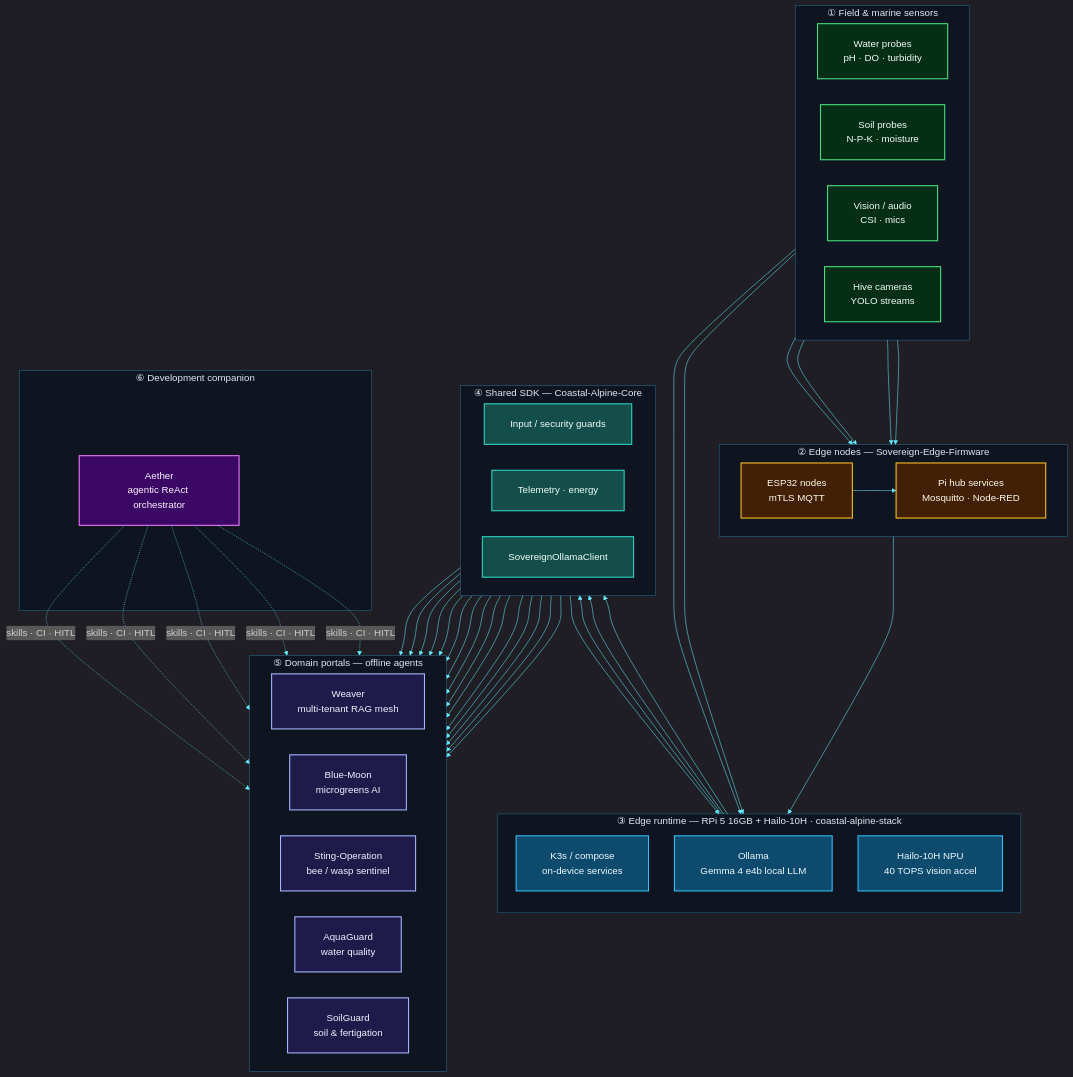
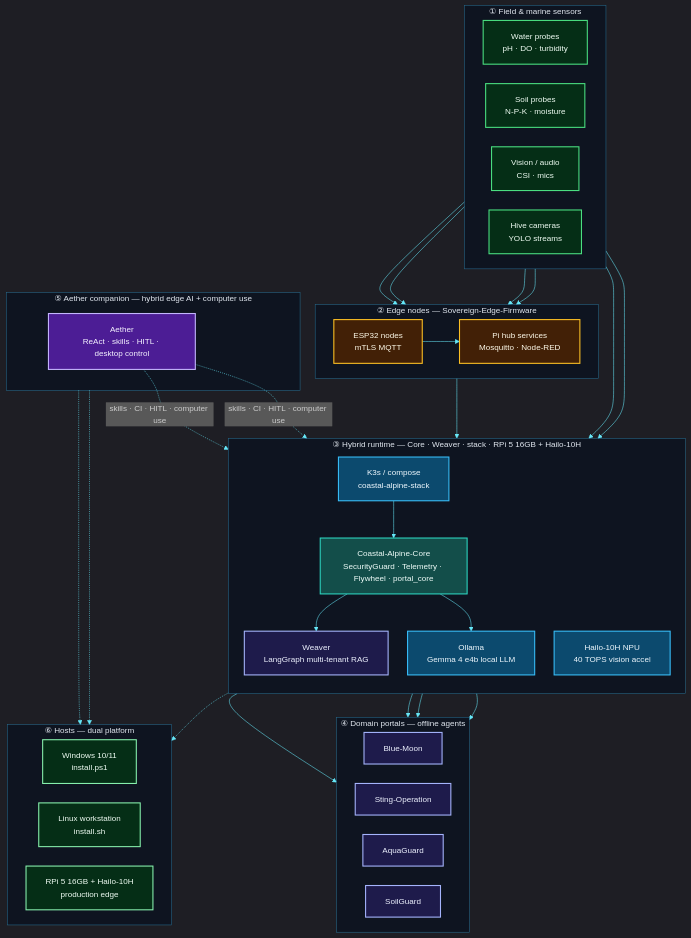
Before and after one commit to fivepanelhat/fivepanelhat: the diagram in README.md, drawn with Mermaid. The commit also changed other lines of this file and 1 other file, not shown here.

First line of the commit message:
docs: hybrid landing page with Windows + Linux install paths

````diff
--- a/README.md
+++ b/README.md
@@ -50,7 +51,7 @@
 %%{init: {
   "theme": "dark",
   "themeVariables": {
-    "fontSize": "18px",
+    "fontSize": "15px",
     "fontFamily": "Inter, ui-sans-serif, system-ui, sans-serif",
     "primaryColor": "#0ea5e9",
     "primaryTextColor": "#f8fafc",
@@ -63,11 +64,12 @@
     "titleColor": "#e2e8f0"
   },
   "flowchart": {
-    "nodeSpacing": 48,
-    "rankSpacing": 56,
-    "padding": 24,
+    "nodeSpacing": 36,
+    "rankSpacing": 44,
+    "padding": 18,
     "htmlLabels": true,
-    "curve": "basis"
+    "curve": "basis",
+    "useMaxWidth": true
   }
 }}%%
 flowchart TB
@@ -77,6 +79,8 @@
     classDef ai fill:#3b0764,stroke:#e879f9,stroke-width:2px,color:#fdf4ff
     classDef fw fill:#422006,stroke:#fbbf24,stroke-width:2px,color:#fffbeb
     classDef sense fill:#052e16,stroke:#4ade80,stroke-width:2px,color:#f0fdf4
+    classDef companion fill:#4c1d95,stroke:#c4b5fd,stroke-width:2px,color:#f5f3ff
+    classDef host fill:#052e16,stroke:#86efac,stroke-width:2px,color:#f0fdf4
 
     subgraph FIELD["① Field & marine sensors"]
         direction LR
@@ -92,46 +96,51 @@
         HUB["Pi hub services<br/>Mosquitto · Node-RED"]
     end
 
-    subgraph RUNTIME["③ Edge runtime — RPi 5 16GB + Hailo-10H · coastal-alpine-stack"]
+    subgraph RUNTIME["③ Hybrid runtime — Core · Weaver · stack · RPi 5 16GB + Hailo-10H"]
         direction TB
-        K3s["K3s / compose<br/>on-device services"]
+        K3s["K3s / compose<br/>coastal-alpine-stack"]
+        Core["Coastal-Alpine-Core<br/>SecurityGuard · Telemetry · Flywheel · portal_core"]
+        Weaver["Weaver<br/>LangGraph multi-tenant RAG"]
         Ollama["Ollama<br/>Gemma 4 e4b local LLM"]
         Hailo["Hailo-10H NPU<br/>40 TOPS vision accel"]
     end
 
-    subgraph SDK["④ Shared SDK — Coastal-Alpine-Core"]
+    subgraph PORTALS["④ Domain portals — offline agents"]
         direction LR
-        Guard["Input / security guards"]
-        Tele["Telemetry · energy"]
-        Client["SovereignOllamaClient"]
+        Blue["Blue-Moon"]
+        Sting["Sting-Operation"]
+        Aqua["AquaGuard"]
+        Soil["SoilGuard"]
     end
 
-    subgraph PORTALS["⑤ Domain portals — offline agents"]
-        direction LR
-        Weaver["Weaver<br/>multi-tenant RAG mesh"]
-        Blue["Blue-Moon<br/>microgreens AI"]
-        Sting["Sting-Operation<br/>bee / wasp sentinel"]
-        Aqua["AquaGuard<br/>water quality"]
-        Soil["SoilGuard<br/>soil & fertigation"]
+    subgraph ORCH["⑤ Aether companion — hybrid edge AI + computer use"]
+        Aether["Aether<br/>ReAct · skills · HITL · desktop control"]
     end
 
-    subgraph ORCH["⑥ Development companion"]
-        Aether["Aether<br/>agentic ReAct orchestrator"]
+    subgraph HOSTS["⑥ Hosts — dual platform"]
+        direction LR
+        Win["Windows 10/11<br/>install.ps1"]
+        Lin["Linux workstation<br/>install.sh"]
+        RPi["RPi 5 16GB + Hailo-10H<br/>production edge"]
     end
 
     S1 & S2 & S3 & S4 --> ESP
     ESP --> HUB
     HUB --> K3s
-    K3s --> Guard & Tele & Client
-    Client --> Ollama
+    K3s --> Core
+    Core --> Weaver
+    Weaver --> Blue & Sting & Aqua & Soil
+    Core --> Ollama
     S3 & S4 --> Hailo
-    Guard & Tele & Client --> Weaver & Blue & Sting & Aqua & Soil
-    Aether -.->|skills · CI · HITL| Weaver & Blue & Sting & Aqua & Soil
+    Aether -.->|skills · CI · HITL · computer use| Core & Weaver
+    RUNTIME -.-> HOSTS
+    ORCH -.-> Win & Lin
 
     class S1,S2,S3,S4 sense
     class ESP,HUB fw
     class K3s,Ollama,Hailo hw
-    class Guard,Tele,Client core
+    class Core core
     class Weaver,Blue,Sting,Aqua,Soil app
-    class Aether ai
+    class Aether companion
+    class Win,Lin,RPi host
 ```
````
